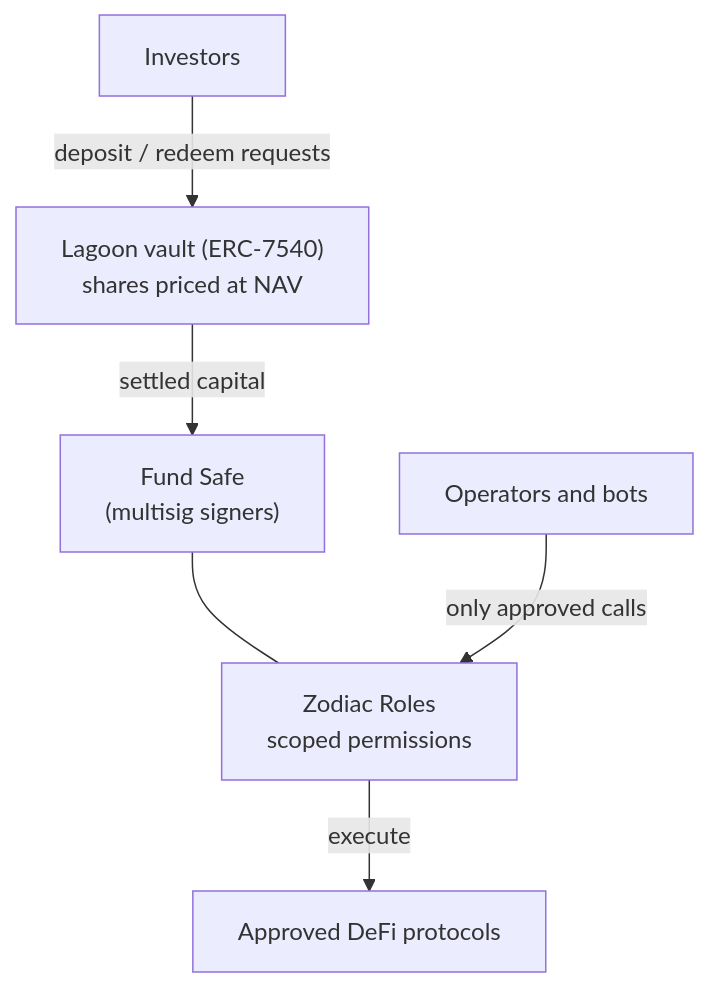
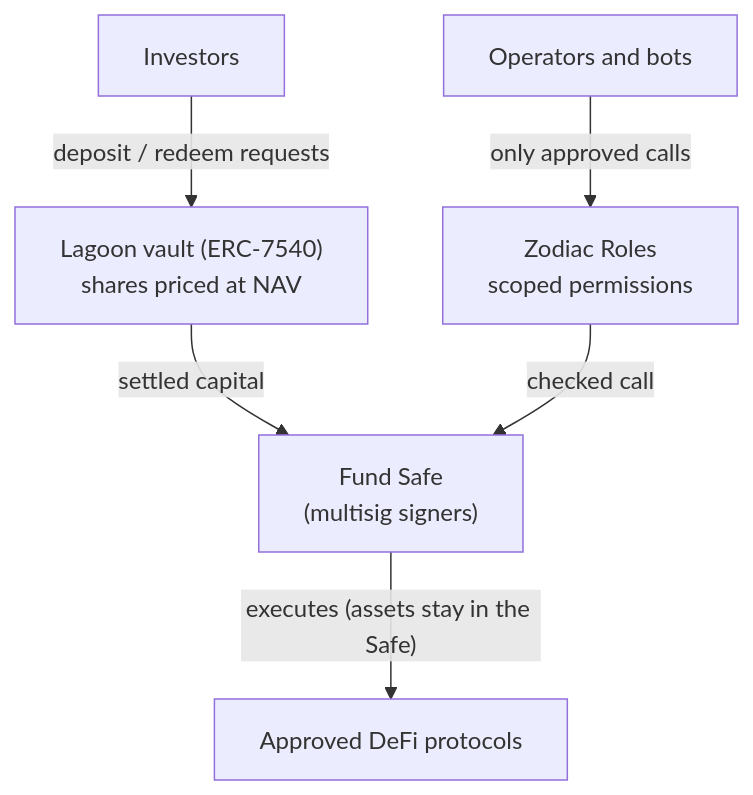
One commit to DAMM-Cap/DAMM-Documentation changed the first of 3 diagrams in docs/funds-architecture/index.mdx. Above: the diagram before and after it, drawn with Mermaid. The commit also changed other lines of this file and 19 other files, not shown here.

````diff
--- a/docs/funds-architecture/index.mdx
+++ b/docs/funds-architecture/index.mdx
@@ -18,9 +18,9 @@
 ```mermaid
 flowchart TB
   I["Investors"] -- "deposit / redeem requests" --> V["Lagoon vault (ERC-7540)<br/>shares priced at NAV"]
   V -- "settled capital" --> S["Fund Safe<br/>(multisig signers)"]
-  S --- R["Zodiac Roles<br/>scoped permissions"]
-  O["Operators and bots"] -- "only approved calls" --> R
-  R -- "execute" --> P["Approved DeFi protocols"]
+  O["Operators and bots"] -- "only approved calls" --> R["Zodiac Roles<br/>scoped permissions"]
+  R -- "checked call" --> S
+  S -- "executes (assets stay in the Safe)" --> P["Approved DeFi protocols"]
   class V accent
 ```
````
